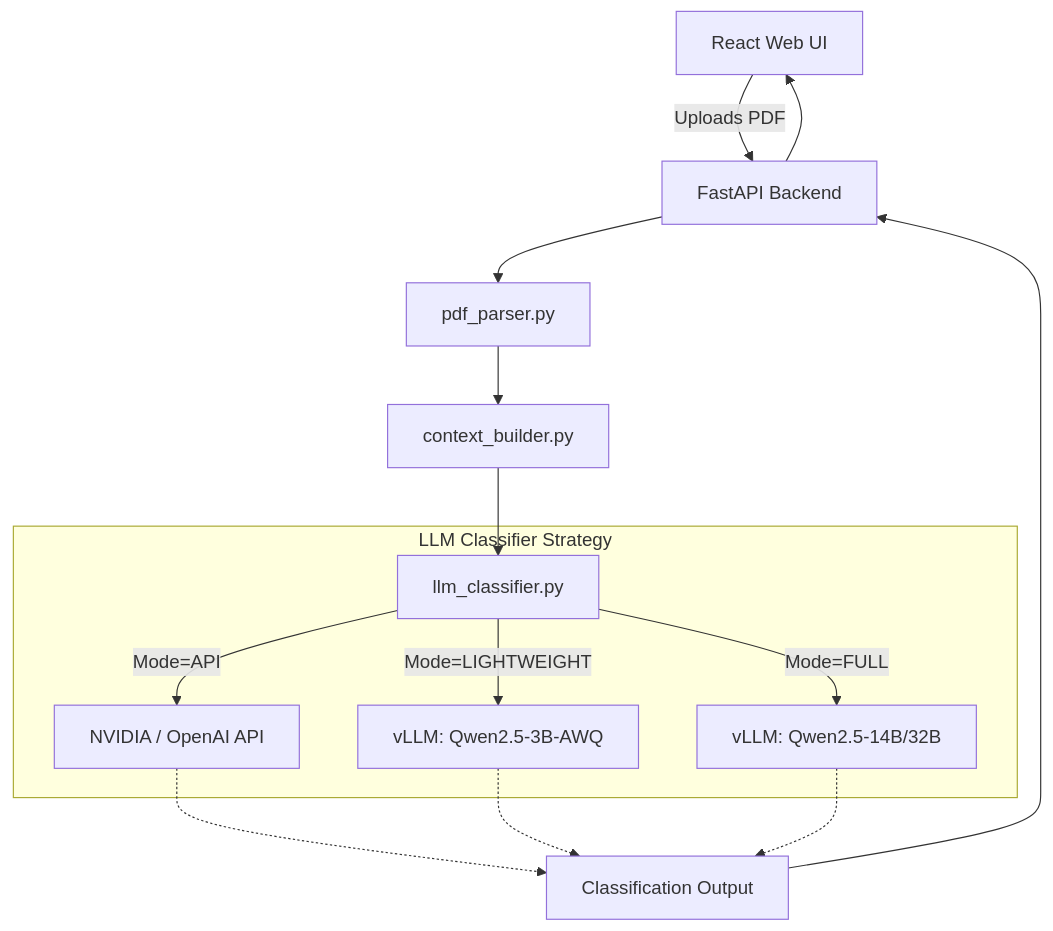
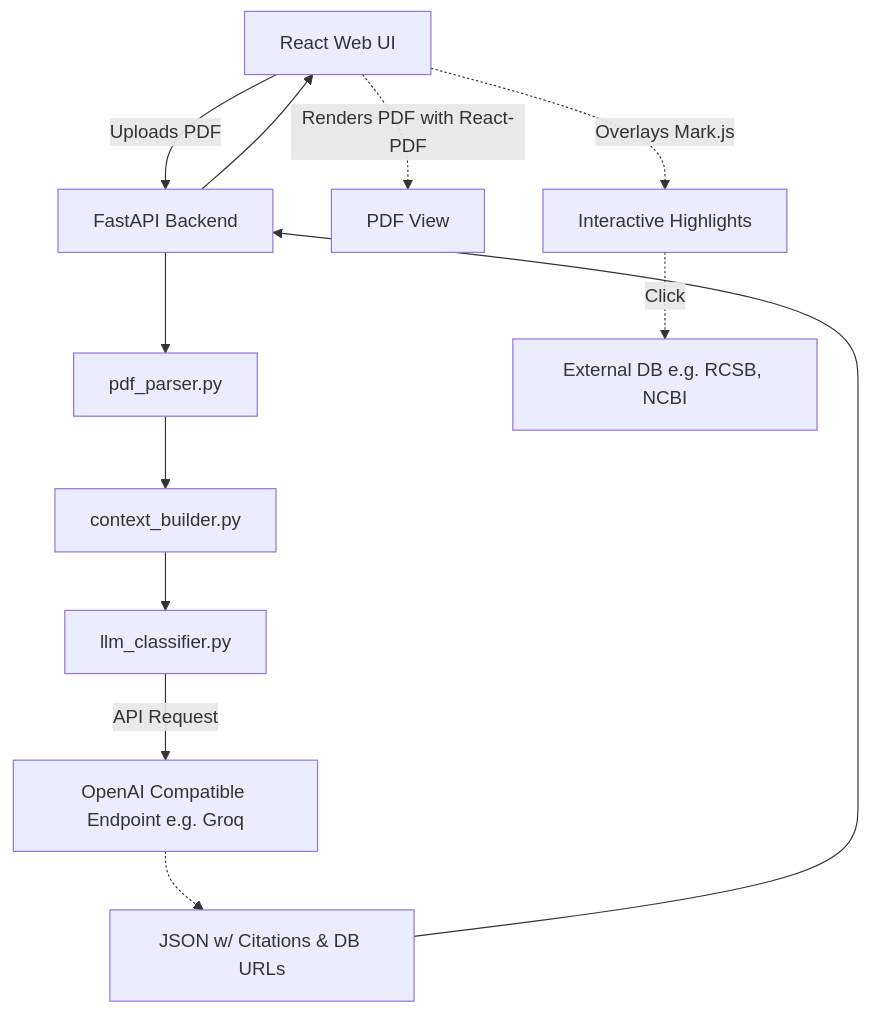
One commit to NikitaBarkalov/finder-data-references changed the diagram in README.md. Above: the diagram before and after it, drawn with Mermaid. The commit also changed other lines of this file and 16 other files, not shown here.

````diff
--- a/README.md
+++ b/README.md
@@ -103,20 +69,16 @@
 ```mermaid
 graph TD;
     Client[React Web UI] -->|Uploads PDF| API[FastAPI Backend];
     API --> Extractor[pdf_parser.py];
     Extractor --> ContextBuilder[context_builder.py];
     ContextBuilder --> LLM[llm_classifier.py];
     
-    subgraph LLM Classifier Strategy
-        LLM --> |Mode=API| Cloud[NVIDIA / OpenAI API];
-        LLM --> |Mode=LIGHTWEIGHT| Qwen3B[vLLM: Qwen2.5-3B-AWQ];
-        LLM --> |Mode=FULL| Qwen14B[vLLM: Qwen2.5-14B/32B];
-    end
-    
-    Cloud -.-> Result[Classification Output];
-    Qwen3B -.-> Result;
-    Qwen14B -.-> Result;
+    LLM --> |API Request| Cloud[OpenAI Compatible Endpoint e.g. Groq];
+    Cloud -.-> Result[JSON w/ Citations & DB URLs];
     
     Result --> API;
     API --> Client;
+    Client -.-> |Renders PDF with React-PDF| PDF[PDF View];
+    Client -.-> |Overlays Mark.js| Marks[Interactive Highlights];
+    Marks -.-> |Click| ExtDB[External DB e.g. RCSB, NCBI];
 ```
````
